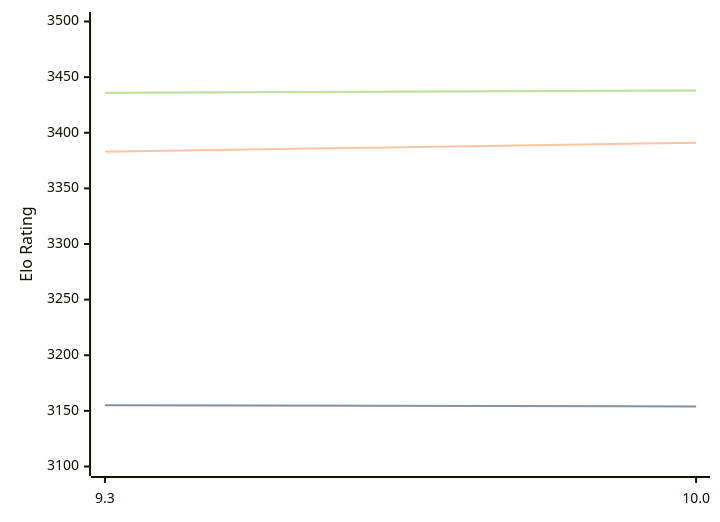
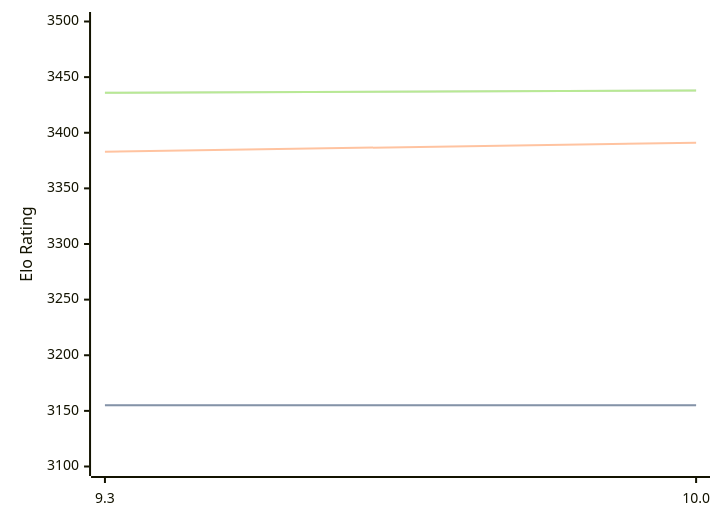
The diagram in engines/Fire.md (computer-chess-index/cci), drawn with Mermaid before and after one commit. The commit also changed other lines of this file, not shown here.

````diff
--- a/engines/Fire.md
+++ b/engines/Fire.md
@@ -32,11 +32,11 @@
 ```mermaid
 %%{init: {"theme":"base","themeVariables":{"seriesColors:['#a3a3a3','#222221','#faa371']}}}%%
 xychart-beta
   x-axis ["9.3", "10.0"]
   y-axis "Elo Rating" 3100 --> 3500
-  line "" [3155, 3154]
-  line "STC (8.0+0.08s)" [3155, 3154]
+  line "" [3155, 3155]
+  line "STC (8.0+0.08s)" [3155, 3155]
   line "LTC (60.0+0.60s)" [3383, 3391]
   line "" [3436, 3438]
   line "VLTC (2m24s+1.12s)" [3436, 3438]
 ```
````
